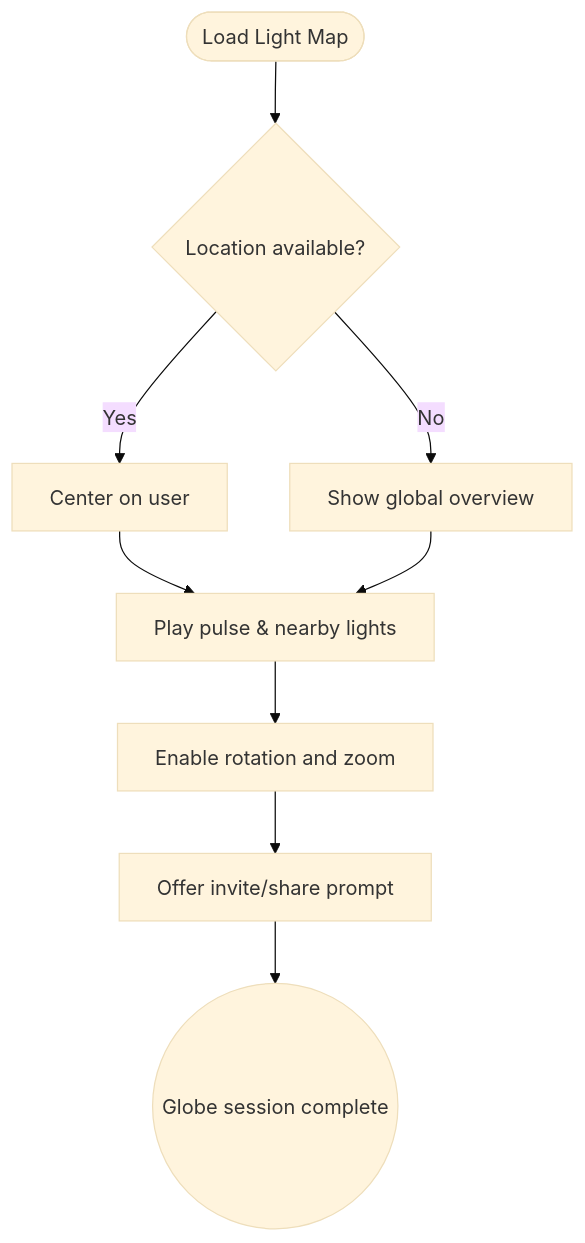
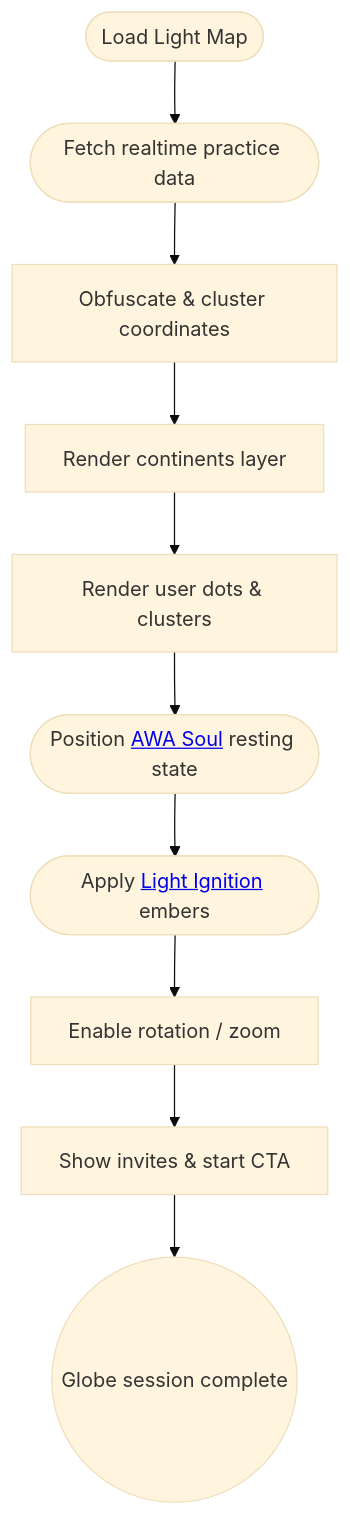
The diagram in docs/features/globe.md (lyfar/awa-docs), drawn with Mermaid (base theme) before and after one commit. The commit also changed other lines of this file and 21 other files, not shown here.

````diff
--- a/docs/features/globe.md
+++ b/docs/features/globe.md
@@ -50,14 +56,14 @@
 ```mermaid
+%%{init: {'securityLevel': 'loose', 'flowchart': {'htmlLabels': true}}}%%
 flowchart TD
-    START([Load Light Map])
-    LOCATE{Location available?}
-    SETVIEW[Center on user]
-    GLOBAL[Show global overview]
-    ANIMATE[Play pulse & nearby lights]
-    INTERACT[Enable rotation and zoom]
-    CTA[Offer invite/share prompt]
-    START --> LOCATE
-    LOCATE -->|Yes| SETVIEW --> ANIMATE
-    LOCATE -->|No| GLOBAL --> ANIMATE
-    ANIMATE --> INTERACT --> CTA --> END((Globe session complete))
+    LOAD([Load Light Map])
+    FETCH([Fetch realtime practice data])
+    OBFUSCATE[Obfuscate & cluster coordinates]
+    LAYER_BASE[Render continents layer]
+    LAYER_USERS[Render user dots & clusters]
+    LAYER_SOUL([Position <a href='./awa-soul'>AWA Soul</a> resting state])
+    LAYER_LIGHT([Apply <a href='./light-ignition'>Light Ignition</a> embers])
+    INTERACT[Enable rotation / zoom]
+    CTA[Show invites & start CTA]
+    LOAD --> FETCH --> OBFUSCATE --> LAYER_BASE --> LAYER_USERS --> LAYER_SOUL --> LAYER_LIGHT --> INTERACT --> CTA --> END((Globe session complete))
 ```
````
